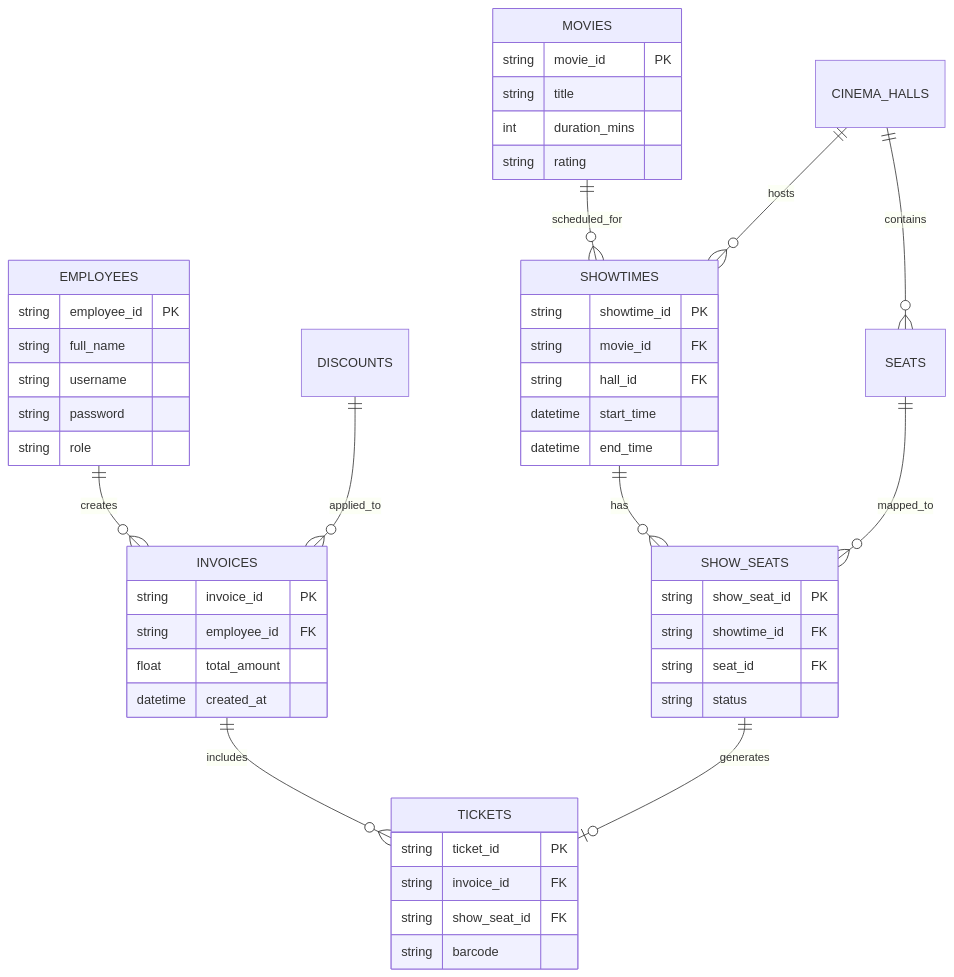
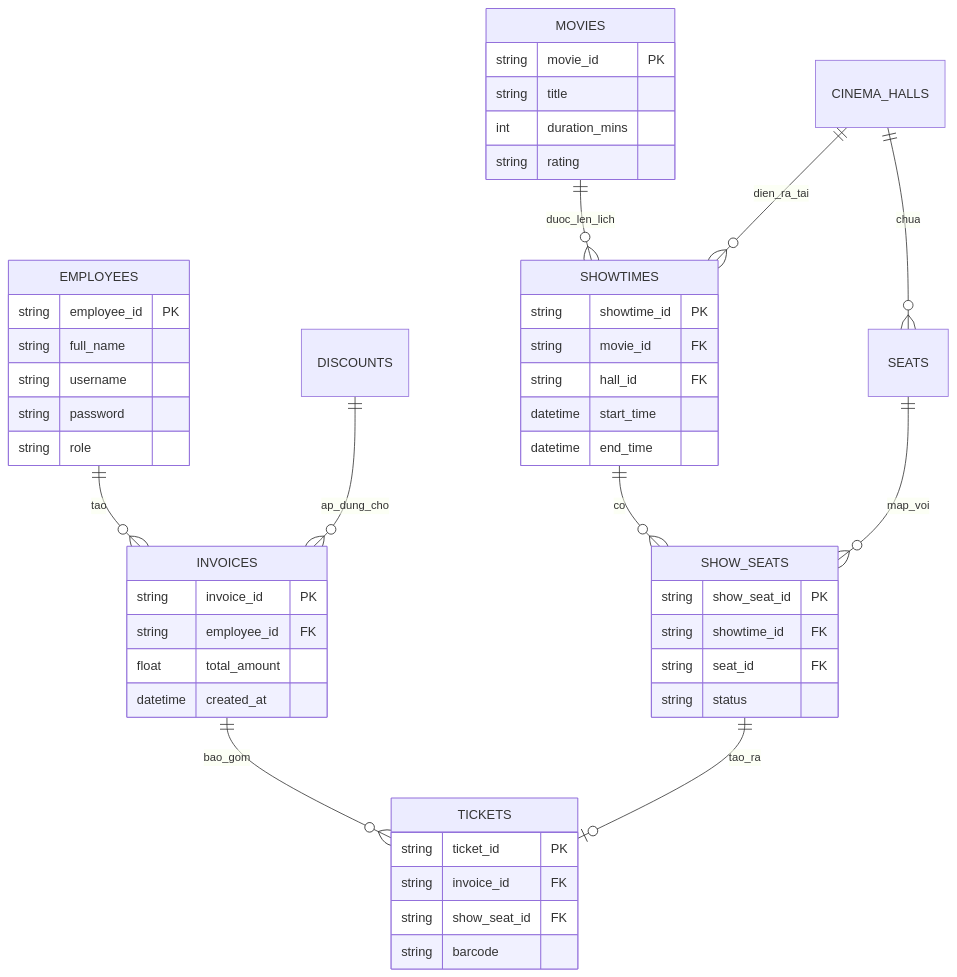
Before and after one commit to vtgh04/RapPhim: the second of 2 diagrams in non-relevant/02_System_Analysis_And_Design.md, drawn with Mermaid. The commit also changed other lines of this file and 3 other files, not shown here.

````diff
--- a/non-relevant/02_System_Analysis_And_Design.md
+++ b/non-relevant/02_System_Analysis_And_Design.md
@@ -54,51 +54,51 @@
 ```mermaid
 erDiagram
-    EMPLOYEES ||--o{ INVOICES : creates
-    MOVIES ||--o{ SHOWTIMES : scheduled_for
-    CINEMA_HALLS ||--o{ SHOWTIMES : hosts
-    CINEMA_HALLS ||--o{ SEATS : contains
-    SHOWTIMES ||--o{ SHOW_SEATS : has
-    SEATS ||--o{ SHOW_SEATS : mapped_to
-    INVOICES ||--o{ TICKETS : includes
-    SHOW_SEATS ||--o| TICKETS : generates
-    DISCOUNTS ||--o{ INVOICES : applied_to
+    EMPLOYEES ||--o{ INVOICES : tao
+    MOVIES ||--o{ SHOWTIMES : duoc_len_lich
+    CINEMA_HALLS ||--o{ SHOWTIMES : dien_ra_tai
+    CINEMA_HALLS ||--o{ SEATS : chua
+    SHOWTIMES ||--o{ SHOW_SEATS : co
+    SEATS ||--o{ SHOW_SEATS : map_voi
+    INVOICES ||--o{ TICKETS : bao_gom
+    SHOW_SEATS ||--o| TICKETS : tao_ra
+    DISCOUNTS ||--o{ INVOICES : ap_dung_cho
 
     EMPLOYEES {
         string employee_id PK
         string full_name
         string username
         string password
         string role
     }
     MOVIES {
         string movie_id PK
         string title
         int duration_mins
         string rating
     }
     SHOWTIMES {
         string showtime_id PK
         string movie_id FK
         string hall_id FK
         datetime start_time
         datetime end_time
     }
     SHOW_SEATS {
         string show_seat_id PK
         string showtime_id FK
         string seat_id FK
         string status
     }
     INVOICES {
         string invoice_id PK
         string employee_id FK
         float total_amount
         datetime created_at
     }
     TICKETS {
         string ticket_id PK
         string invoice_id FK
         string show_seat_id FK
         string barcode
     }
 ```
````
